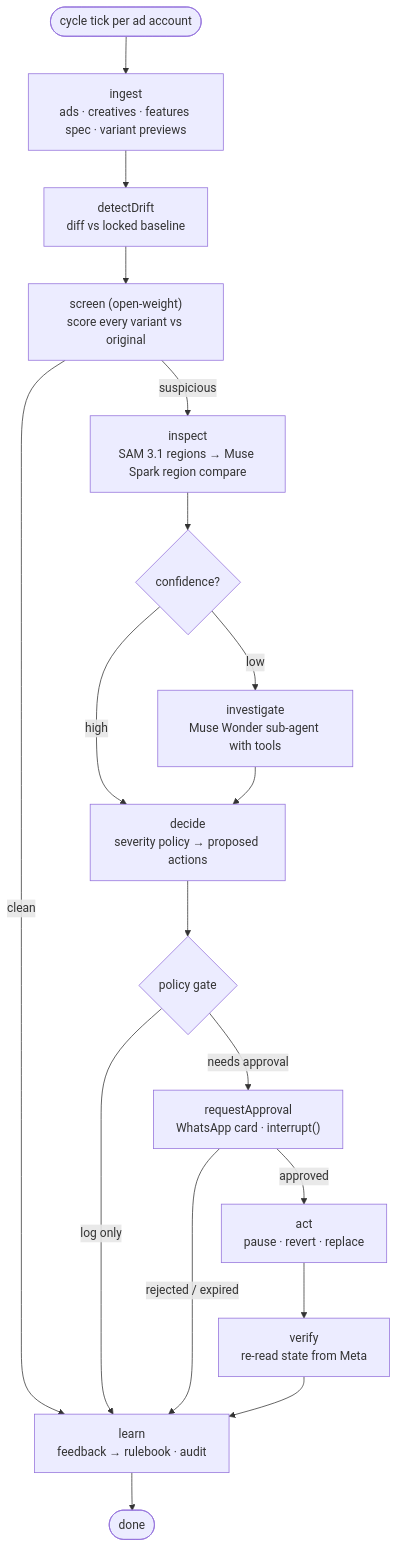
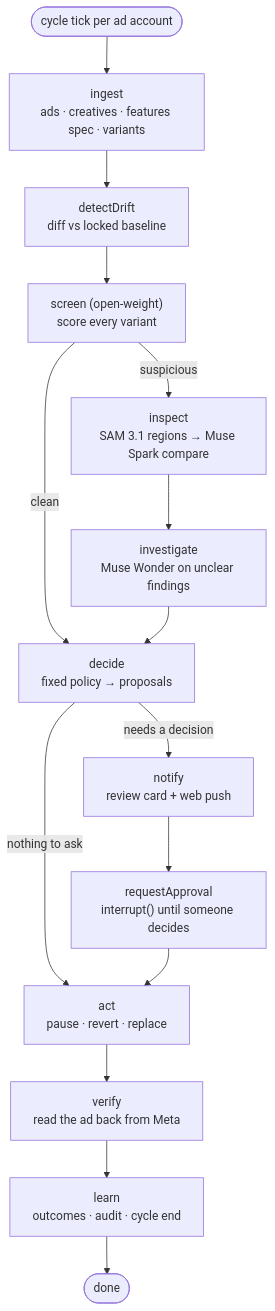
The second of 2 diagrams in docs/ARCHITECTURE.md (shalwin04/keel), drawn with Mermaid before and after one commit. The commit also changed other lines of this file and 72 other files, not shown here.

First line of the commit message:
Replace WhatsApp with Keel Bridge, Keel's own web app

````diff
--- a/docs/ARCHITECTURE.md
+++ b/docs/ARCHITECTURE.md
@@ -39,20 +40,17 @@
 ```mermaid
 flowchart TD
   START([cycle tick per ad account]) --> ingest
-  ingest["ingest<br/>ads · creatives · features spec · variant previews"] --> drift
+  ingest["ingest<br/>ads · creatives · features spec · variants"] --> drift
   drift["detectDrift<br/>diff vs locked baseline"] --> screen
-  screen["screen (open-weight)<br/>score every variant vs original"] -->|suspicious| inspect
-  screen -->|clean| learn
-  inspect["inspect<br/>SAM 3.1 regions → Muse Spark region compare"] --> ambiguous{confidence?}
-  ambiguous -->|low| investigate["investigate<br/>Muse Wonder sub-agent with tools"]
-  ambiguous -->|high| decide
-  investigate --> decide
-  decide["decide<br/>severity policy → proposed actions"] --> gate{policy gate}
-  gate -->|log only| learn
-  gate -->|needs approval| approve["requestApproval<br/>WhatsApp card · interrupt()"]
-  approve -->|approved| act["act<br/>pause · revert · replace"]
-  approve -->|rejected / expired| learn
-  act --> verify["verify<br/>re-read state from Meta"]
-  verify --> learn["learn<br/>feedback → rulebook · audit"]
-  learn --> END([done])
+  screen["screen (open-weight)<br/>score every variant"] -->|suspicious| inspect
+  screen -->|clean| decide
+  inspect["inspect<br/>SAM 3.1 regions → Muse Spark compare"] --> investigate
+  investigate["investigate<br/>Muse Wonder on unclear findings"] --> decide
+  decide["decide<br/>fixed policy → proposals"] -->|needs a decision| notify
+  decide -->|nothing to ask| act
+  notify["notify<br/>review card + web push"] --> wait
+  wait["requestApproval<br/>interrupt() until someone decides"] --> act
+  act["act<br/>pause · revert · replace"] --> verify
+  verify["verify<br/>read the ad back from Meta"] --> learn
+  learn["learn<br/>outcomes · audit · cycle end"] --> END([done])
 ```
````
